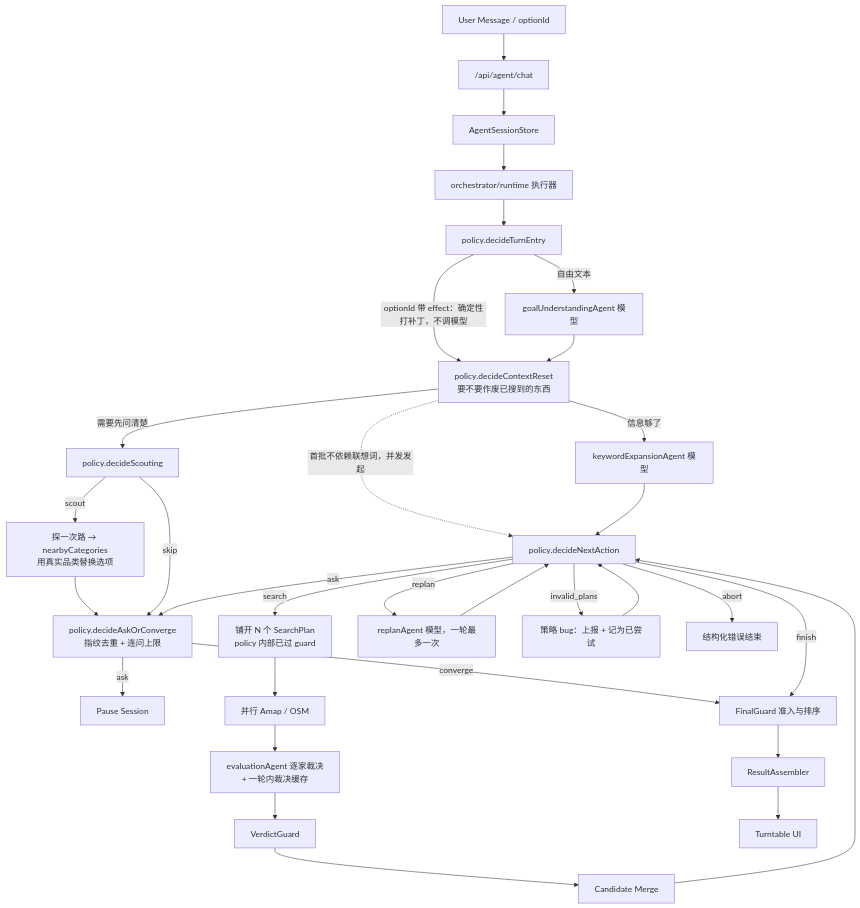
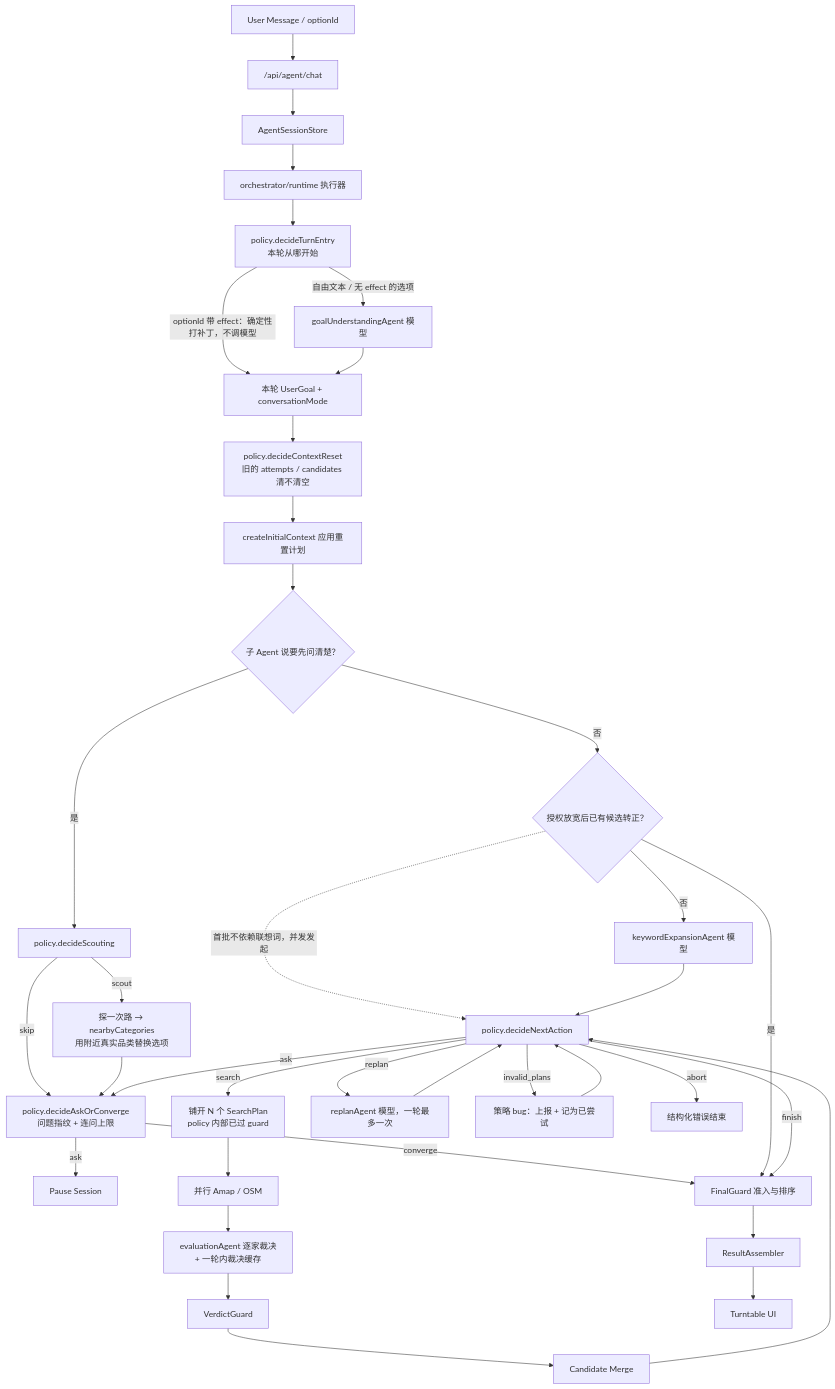
The diagram in README.md (leftzzzz/chisha), drawn with Mermaid before and after one commit. The commit also changed other lines of this file and 2 other files, not shown here.

Commit message:
docs: 修正架构图里 decideContextReset 的画法，并纠正一处过度声称 (#6)
decideContextReset 只算"旧的 attempts/candidates 清不清空"，它不产生流程分支。
上一版架构图却让它长出「需要先问清楚」和「信息够了」两条出边——把一个状态
计算画成了决策路由。

改正后的真实顺序：
  decideContextReset → resetPlan（无分支）
  createInitialContext 应用它
  ↓
  {子 Agent 说要先问清楚？}      ← 分支在这里
  {授权放宽后已有候选转正？}      ← 上一版整条漏画

两个分支点用菱形画，与方框里的 policy.* 决策函数区分开，并加读图说明。

顺带纠正一处过度声称：R2 的验收「执行模块中不存在 if 分支决定下一步动作类型」
上一版打了勾，但 runAgentTurn 里正是还有上面这两个 if。改为"部分达成"，
并在技术方案 7.3 写明为什么没一并外移——promoteAuthorizedBroadenedResults 会
修改 context（把候选转正），要让 policy 决定就得把它提到追问判断之前，那会让
"本轮以追问结束"的场景也执行一次转正，改变持久化的会话状态。这个顺序调整值得
单独做一次并用 eval 的 multiturn 用例验证，不适合夹在文档修正里顺手改。

Claude-Session: https://claude.ai/code/session_01A6rYhrAzCMueEuttVoCJAX

````diff
--- a/README.md
+++ b/README.md
@@ -129,39 +129,45 @@
 ```mermaid
 graph TB
     U["User Message / optionId"] --> API["/api/agent/chat"]
     API --> STORE["AgentSessionStore"]
     STORE --> RT["orchestrator/runtime 执行器"]
 
-    RT --> ENTRY["policy.decideTurnEntry"]
-    ENTRY -- "optionId 带 effect：确定性打补丁，不调模型" --> RESET
-    ENTRY -- "自由文本" --> GU["goalUnderstandingAgent 模型"]
-    GU --> RESET["policy.decideContextReset<br/>要不要作废已搜到的东西"]
+    RT --> ENTRY["policy.decideTurnEntry<br/>本轮从哪开始"]
+    ENTRY -- "optionId 带 effect：确定性打补丁，不调模型" --> GOAL
+    ENTRY -- "自由文本 / 无 effect 的选项" --> GU["goalUnderstandingAgent 模型"]
+    GU --> GOAL["本轮 UserGoal + conversationMode"]
 
-    RESET -- "需要先问清楚" --> SCOUT["policy.decideScouting"]
-    SCOUT -- "scout" --> PROBE["探一次路 → nearbyCategories<br/>用真实品类替换选项"]
-    PROBE --> ASK
-    SCOUT -- "skip" --> ASK["policy.decideAskOrConverge<br/>指纹去重 + 连问上限"]
+    GOAL --> RESET["policy.decideContextReset<br/>旧的 attempts / candidates 清不清空"]
+    RESET --> CTX["createInitialContext 应用重置计划"]
+
+    CTX --> Q{"子 Agent 说要先问清楚？"}
+    Q -- "是" --> SCOUT["policy.decideScouting"]
+    SCOUT -- "scout" --> PROBE["探一次路 → nearbyCategories<br/>用附近真实品类替换选项"]
+    SCOUT -- "skip" --> ASK
+    PROBE --> ASK["policy.decideAskOrConverge<br/>问题指纹 + 连问上限"]
     ASK -- "ask" --> PAUSE["Pause Session"]
     ASK -- "converge" --> FG
 
-    RESET -- "信息够了" --> KW["keywordExpansionAgent 模型"]
-    RESET -. "首批不依赖联想词，并发发起" .-> POLICY
+    Q -- "否" --> PROMO{"授权放宽后已有候选转正？"}
+    PROMO -- "是" --> FG
+    PROMO -- "否" --> KW["keywordExpansionAgent 模型"]
+    PROMO -. "首批不依赖联想词，并发发起" .-> POLICY
     KW --> POLICY["policy.decideNextAction"]
 
     POLICY -- "search" --> BATCH["铺开 N 个 SearchPlan<br/>policy 内部已过 guard"]
     BATCH --> TOOL["并行 Amap / OSM"]
     TOOL --> EVA["evaluationAgent 逐家裁决<br/>+ 一轮内裁决缓存"]
     EVA --> VG["VerdictGuard"]
     VG --> MERGE["Candidate Merge"]
     MERGE --> POLICY
 
     POLICY -- "replan" --> RP["replanAgent 模型，一轮最多一次"]
     RP --> POLICY
     POLICY -- "invalid_plans" --> BUG["策略 bug：上报 + 记为已尝试"]
     BUG --> POLICY
     POLICY -- "ask" --> ASK
     POLICY -- "abort" --> ERR["结构化错误结束"]
     POLICY -- "finish" --> FG["FinalGuard 准入与排序"]
     FG --> ASM["ResultAssembler"]
     ASM --> UI["Turntable UI"]
 ```
````
